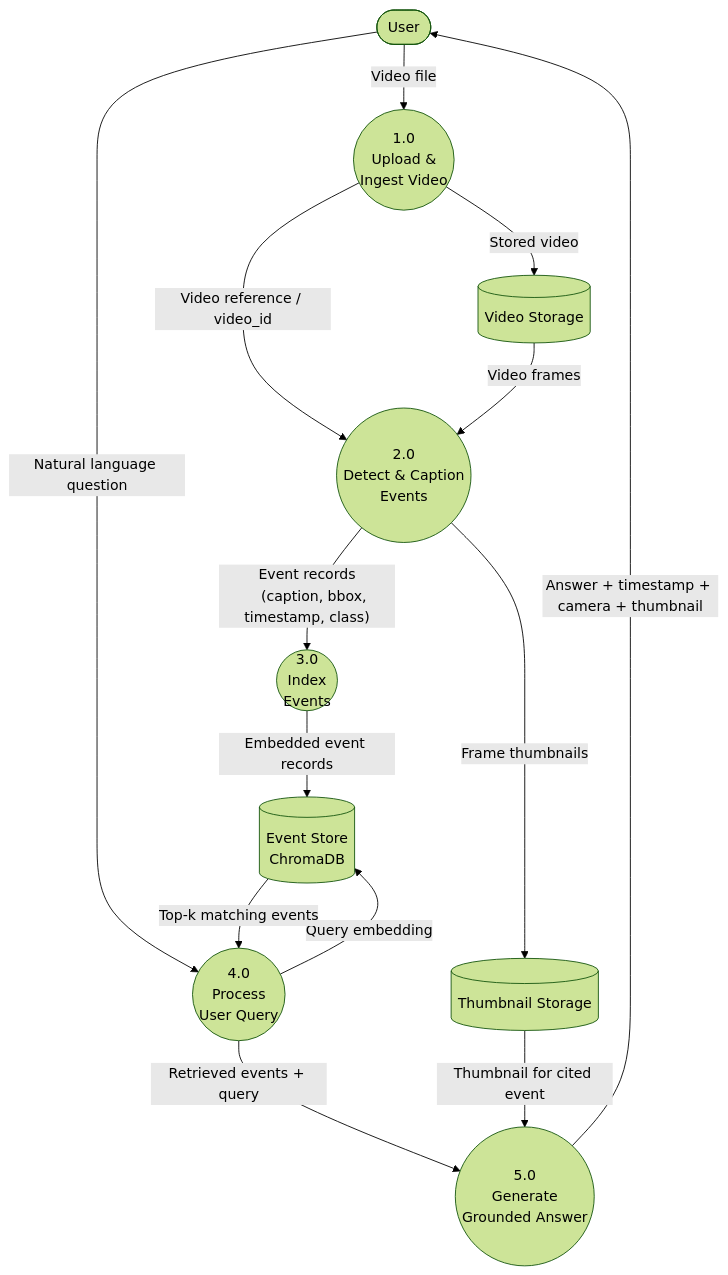
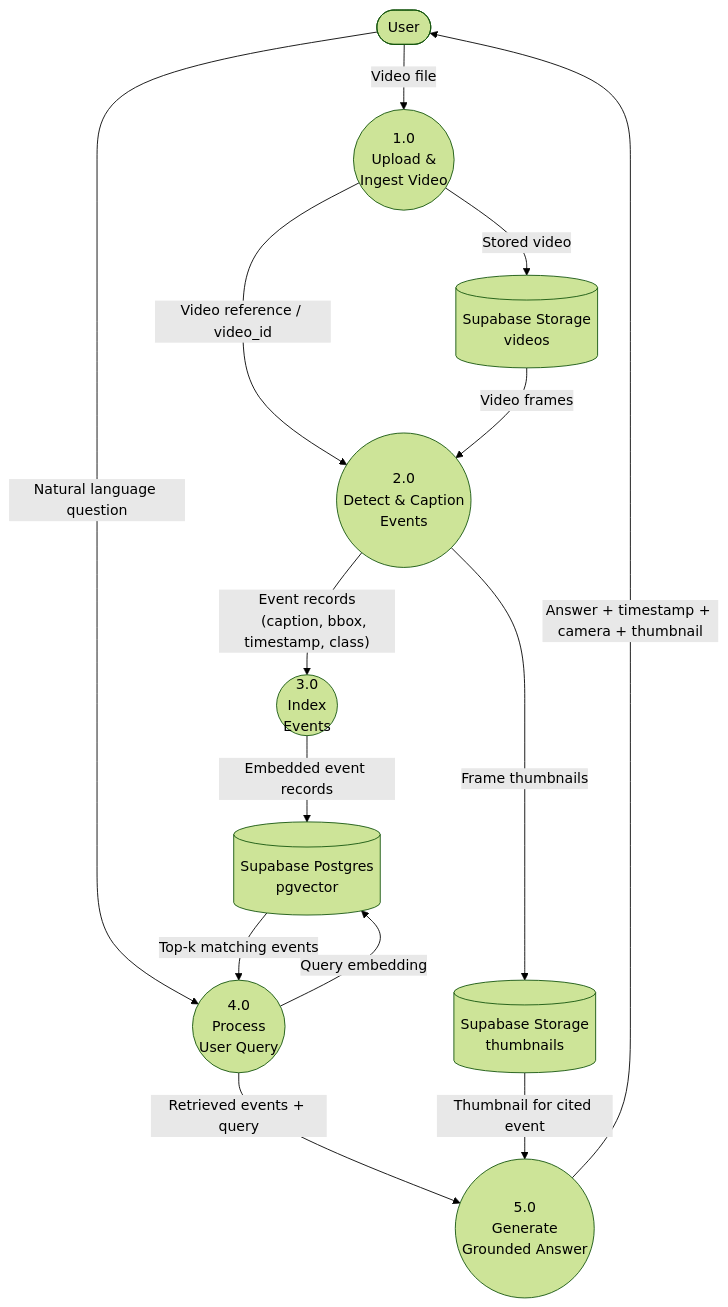
The second of 4 diagrams in DFD.md (soumya-xy/sentinalRAG), drawn with Mermaid (forest theme) before and after one commit. The commit also changed other lines of this file and 43 other files, not shown here.

````diff
--- a/DFD.md
+++ b/DFD.md
@@ -36,44 +43,46 @@
 ```mermaid
 flowchart TD
     User([User])
 
     P1(("1.0
     Upload &
     Ingest Video"))
     P2(("2.0
     Detect & Caption
     Events"))
     P3(("3.0
     Index
     Events"))
     P4(("4.0
     Process
     User Query"))
     P5(("5.0
     Generate
     Grounded Answer"))
 
-    DS1[(Video Storage)]
-    DS2[(Event Store
-    ChromaDB)]
-    DS3[(Thumbnail Storage)]
+    DS1[(Supabase Storage
+    videos)]
+    DS2[(Supabase Postgres
+    pgvector)]
+    DS3[(Supabase Storage
+    thumbnails)]
 
     User -- "Video file" --> P1
     P1 -- "Stored video" --> DS1
     P1 -- "Video reference / video_id" --> P2
 
     DS1 -- "Video frames" --> P2
     P2 -- "Event records
     (caption, bbox, timestamp, class)" --> P3
     P2 -- "Frame thumbnails" --> DS3
 
     P3 -- "Embedded event records" --> DS2
 
     User -- "Natural language question" --> P4
     P4 -- "Query embedding" --> DS2
     DS2 -- "Top-k matching events" --> P4
 
     P4 -- "Retrieved events + query" --> P5
     DS3 -- "Thumbnail for cited event" --> P5
     P5 -- "Answer + timestamp + camera + thumbnail" --> User
 ```
````
